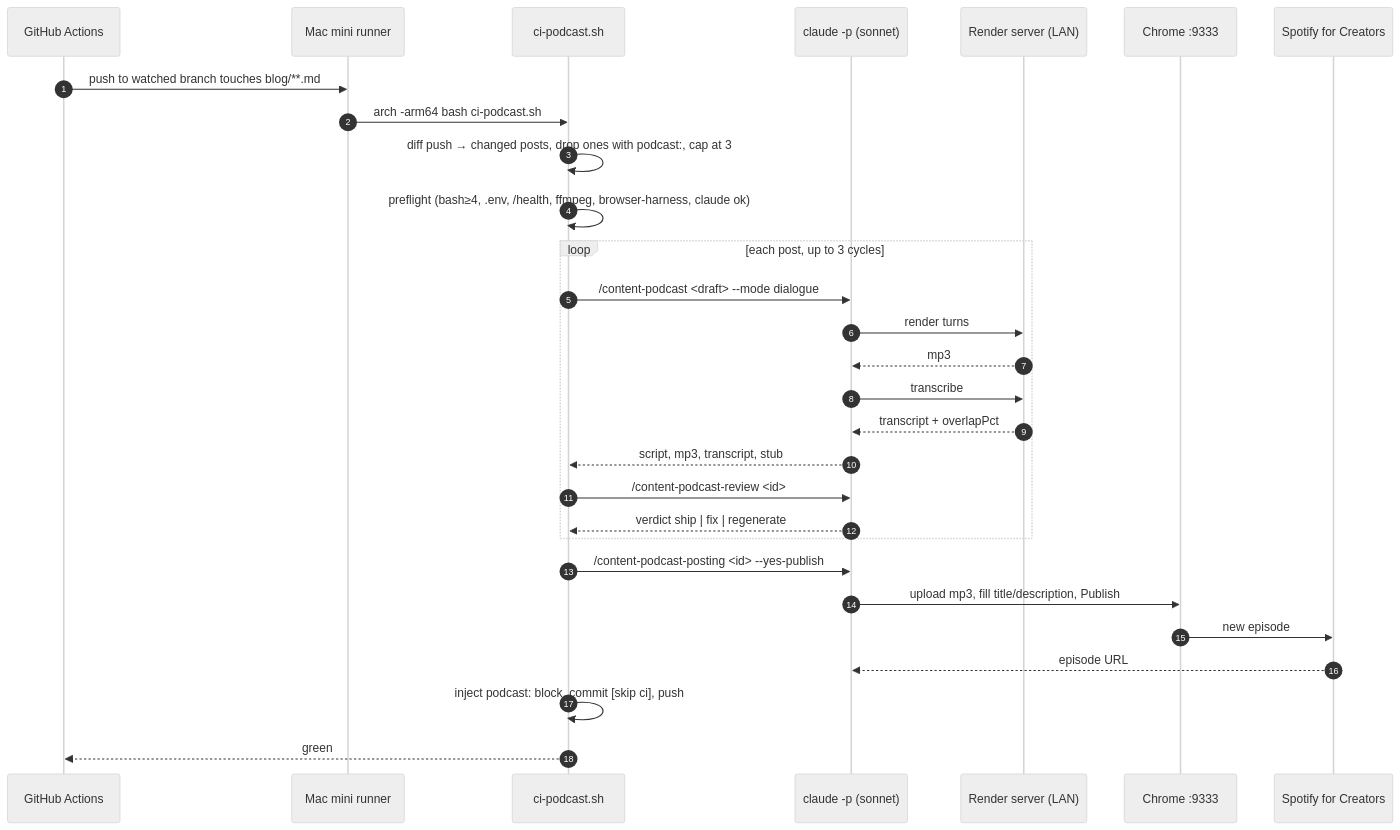
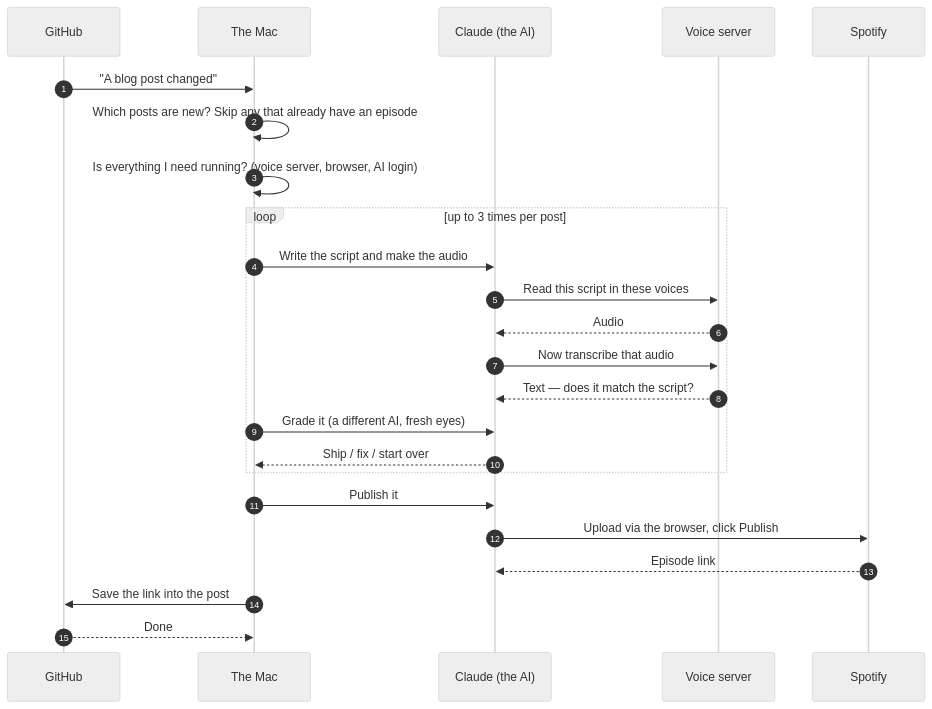
The fourth of 12 diagrams in docs/00-overview.md (Matcry12/shipwithai-podcast-plugin), drawn with Mermaid (neutral theme) before and after one commit. The commit also changed other lines of this file, not shown here.

````diff
--- a/docs/00-overview.md
+++ b/docs/00-overview.md
@@ -88,32 +102,27 @@
 ```mermaid
 sequenceDiagram
     autonumber
-    participant GH as GitHub Actions
-    participant R as Mac mini runner
-    participant CI as ci-podcast.sh
-    participant CL as claude -p (sonnet)
-    participant TTS as Render server (LAN)
-    participant CR as Chrome :9333
-    participant SP as Spotify for Creators
+    participant GH as GitHub
+    participant MAC as The Mac
+    participant AI as Claude (the AI)
+    participant VOICE as Voice server
+    participant SP as Spotify
 
-    GH->>R: push to watched branch touches blog/**.md
-    R->>CI: arch -arm64 bash ci-podcast.sh
-    CI->>CI: diff push → changed posts, drop ones with podcast:, cap at 3
-    CI->>CI: preflight (bash≥4, .env, /health, ffmpeg, browser-harness, claude ok)
-    loop each post, up to 3 cycles
-        CI->>CL: /content-podcast <draft> --mode dialogue
-        CL->>TTS: render turns
-        TTS-->>CL: mp3
-        CL->>TTS: transcribe
-        TTS-->>CL: transcript + overlapPct
-        CL-->>CI: script, mp3, transcript, stub
-        CI->>CL: /content-podcast-review <id>
-        CL-->>CI: verdict ship | fix | regenerate
+    GH->>MAC: "A blog post changed"
+    MAC->>MAC: Which posts are new? Skip any that already have an episode
+    MAC->>MAC: Is everything I need running? (voice server, browser, AI login)
+    loop up to 3 times per post
+        MAC->>AI: Write the script and make the audio
+        AI->>VOICE: Read this script in these voices
+        VOICE-->>AI: Audio
+        AI->>VOICE: Now transcribe that audio
+        VOICE-->>AI: Text — does it match the script?
+        MAC->>AI: Grade it (a different AI, fresh eyes)
+        AI-->>MAC: Ship / fix / start over
     end
-    CI->>CL: /content-podcast-posting <id> --yes-publish
-    CL->>CR: upload mp3, fill title/description, Publish
-    CR->>SP: new episode
-    SP-->>CL: episode URL
-    CI->>CI: inject podcast: block, commit [skip ci], push
-    CI-->>GH: green
+    MAC->>AI: Publish it
+    AI->>SP: Upload via the browser, click Publish
+    SP-->>AI: Episode link
+    MAC->>GH: Save the link into the post
+    GH-->>MAC: Done
 ```
````
